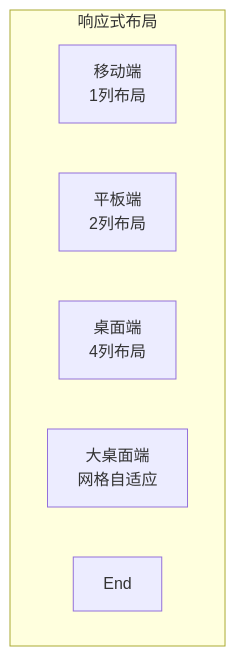
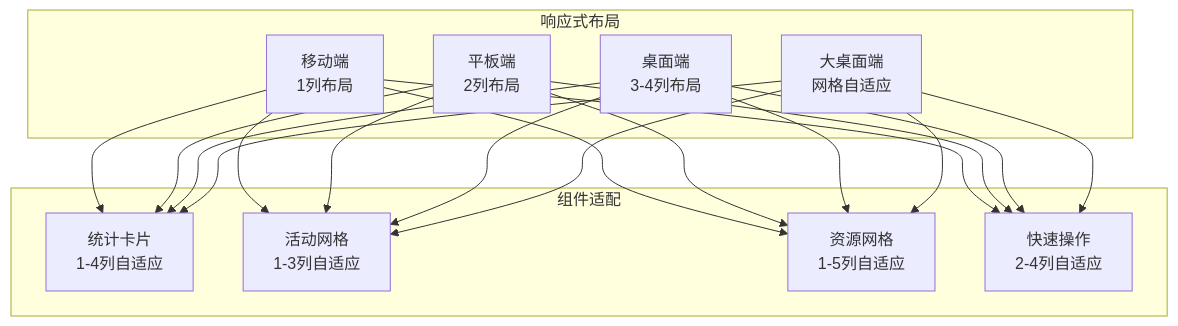
Before and after one commit to xianjianshenqu/SalesFlow-CRM: diagram 26 of 27 in .qoder/repowiki/zh/content/Pre Sales Dashboard.md, drawn with Mermaid. The commit also changed other lines of this file and 11 other files, not shown here.

````diff
--- a/.qoder/repowiki/zh/content/Pre Sales Dashboard.md
+++ b/.qoder/repowiki/zh/content/Pre Sales Dashboard.md
@@ -969,10 +1019,31 @@
 ```mermaid
 graph TB
 subgraph "响应式布局"
 Mobile[移动端<br/>1列布局]
 Tablet[平板端<br/>2列布局]
-Desktop[桌面端<br/>4列布局]
+Desktop[桌面端<br/>3-4列布局]
 LargeDesktop[大桌面端<br/>网格自适应]
-End
 end
+subgraph "组件适配"
+StatisticsCards[统计卡片<br/>1-4列自适应]
+ActivityGrid[活动网格<br/>1-3列自适应]
+ResourceGrid[资源网格<br/>1-5列自适应]
+QuickActions[快速操作<br/>2-4列自适应]
+end
+Mobile --> StatisticsCards
+Mobile --> ActivityGrid
+Mobile --> ResourceGrid
+Mobile --> QuickActions
+Tablet --> StatisticsCards
+Tablet --> ActivityGrid
+Tablet --> ResourceGrid
+Tablet --> QuickActions
+Desktop --> StatisticsCards
+Desktop --> ActivityGrid
+Desktop --> ResourceGrid
+Desktop --> QuickActions
+LargeDesktop --> StatisticsCards
+LargeDesktop --> ActivityGrid
+LargeDesktop --> ResourceGrid
+LargeDesktop --> QuickActions
 ```
````
